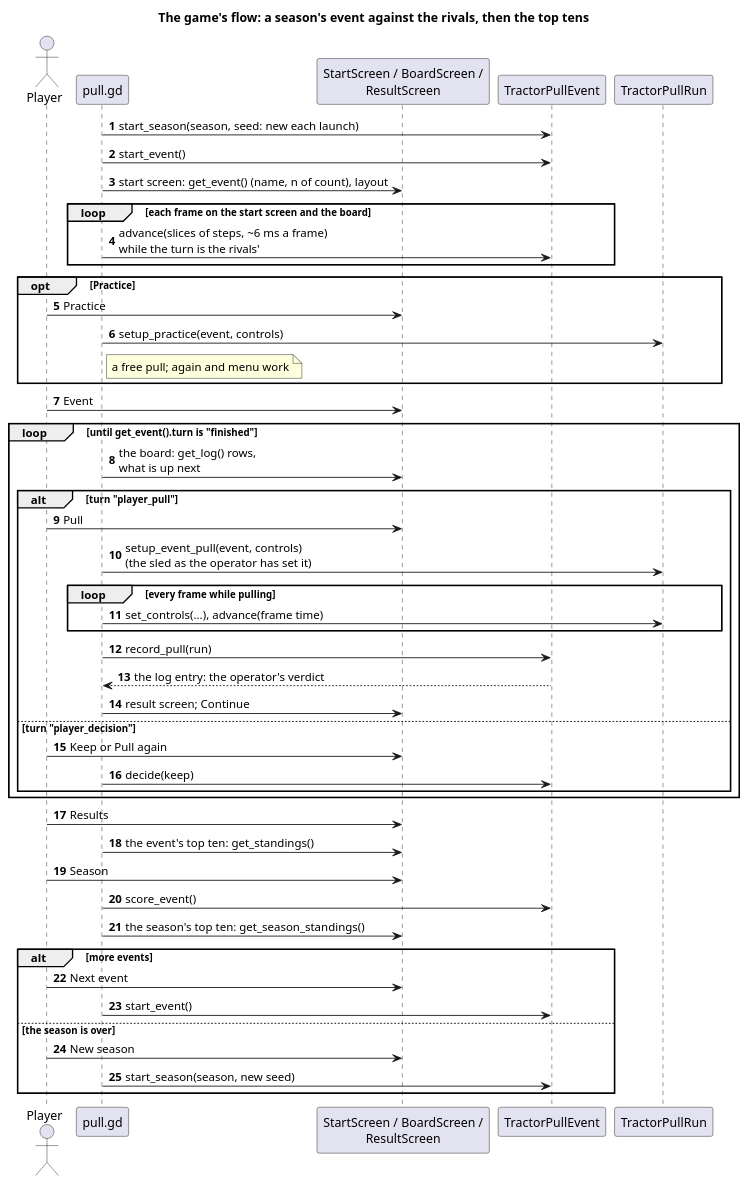
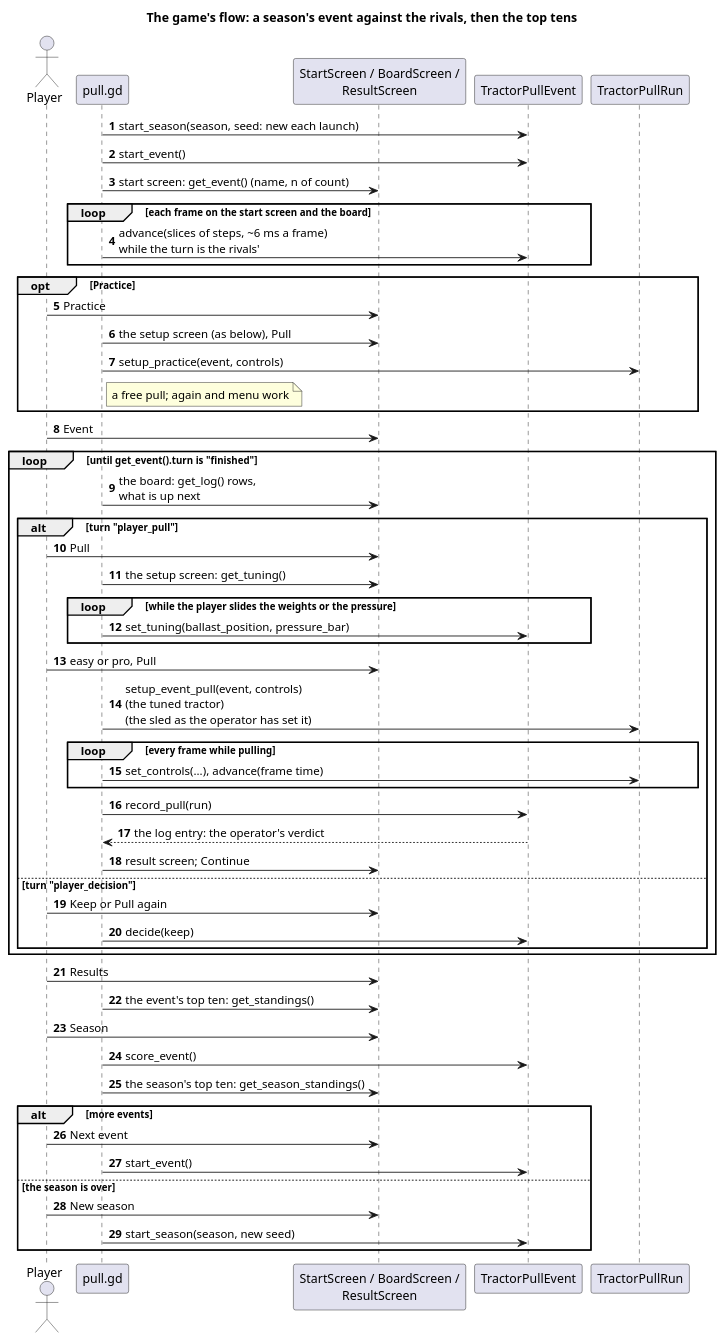
One commit to wversteeg/TractorPulling changed the diagram in docs/diagrams/godot_run_flow_sequence.puml. Above: the diagram before and after it, drawn with PlantUML. The commit also changed 18 other files, not shown here.

First line of the commit message:
The setup screen before a pull; the pro layout's pedals by side

```diff
--- a/docs/diagrams/godot_run_flow_sequence.puml
+++ b/docs/diagrams/godot_run_flow_sequence.puml
@@ -1,50 +1,56 @@
 @startuml godot_run_flow_sequence
 title The game's flow: a season's event against the rivals, then the top tens
 autonumber
 actor Player
 participant "pull.gd" as Pull
 participant "StartScreen / BoardScreen /\nResultScreen" as Screens
 participant "TractorPullEvent" as Event
 participant "TractorPullRun" as Run
 
 Pull -> Event : start_season(season, seed: new each launch)
 Pull -> Event : start_event()
-Pull -> Screens : start screen: get_event() (name, n of count), layout
+Pull -> Screens : start screen: get_event() (name, n of count)
 loop each frame on the start screen and the board
   Pull -> Event : advance(slices of steps, ~6 ms a frame)\nwhile the turn is the rivals'
 end
 opt Practice
   Player -> Screens : Practice
+  Pull -> Screens : the setup screen (as below), Pull
   Pull -> Run : setup_practice(event, controls)
   note right of Pull : a free pull; again and menu work
 end
 Player -> Screens : Event
 loop until get_event().turn is "finished"
   Pull -> Screens : the board: get_log() rows,\nwhat is up next
   alt turn "player_pull"
     Player -> Screens : Pull
-    Pull -> Run : setup_event_pull(event, controls)\n(the sled as the operator has set it)
+    Pull -> Screens : the setup screen: get_tuning()
+    loop while the player slides the weights or the pressure
+      Pull -> Event : set_tuning(ballast_position, pressure_bar)
+    end
+    Player -> Screens : easy or pro, Pull
+    Pull -> Run : setup_event_pull(event, controls)\n(the tuned tractor)\n(the sled as the operator has set it)
     loop every frame while pulling
       Pull -> Run : set_controls(...), advance(frame time)
     end
     Pull -> Event : record_pull(run)
     Event --> Pull : the log entry: the operator's verdict
     Pull -> Screens : result screen; Continue
   else turn "player_decision"
     Player -> Screens : Keep or Pull again
     Pull -> Event : decide(keep)
   end
 end
 Player -> Screens : Results
 Pull -> Screens : the event's top ten: get_standings()
 Player -> Screens : Season
 Pull -> Event : score_event()
 Pull -> Screens : the season's top ten: get_season_standings()
 alt more events
   Player -> Screens : Next event
   Pull -> Event : start_event()
 else the season is over
   Player -> Screens : New season
   Pull -> Event : start_season(season, new seed)
 end
 @enduml
```
